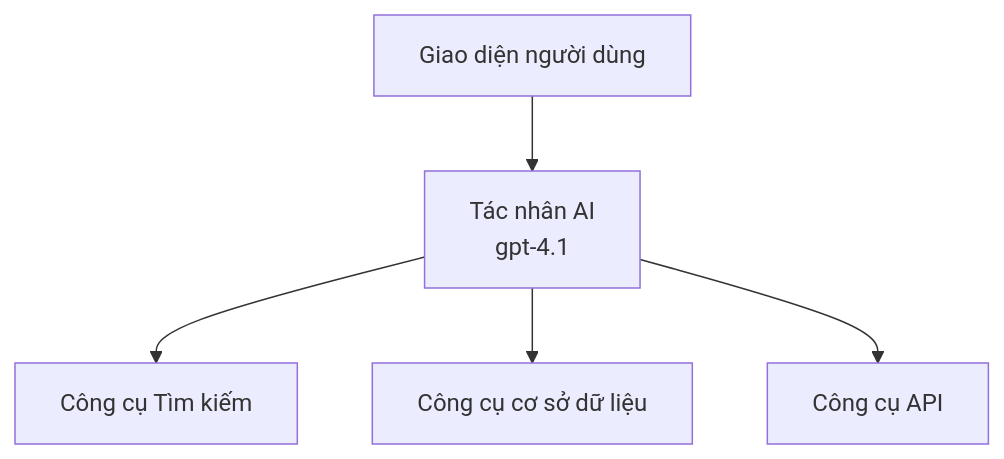
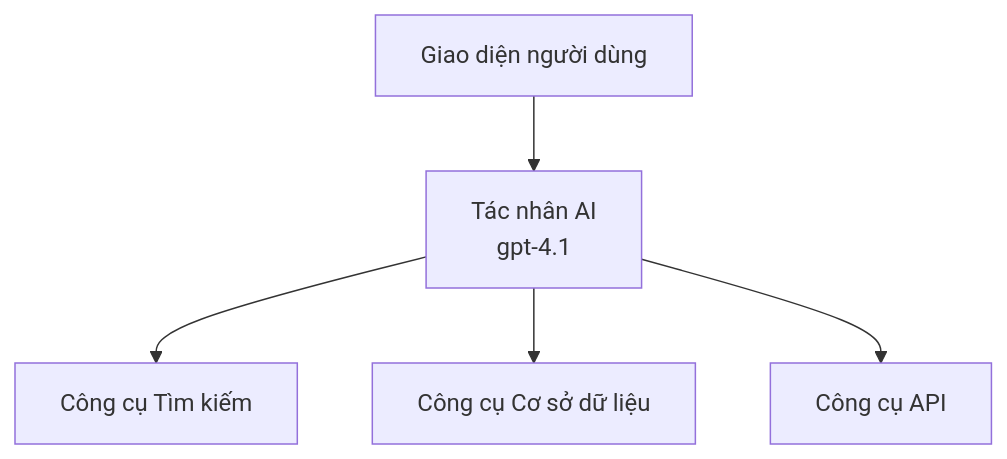
Before and after one commit to microsoft/AZD-for-beginners: the first of 3 diagrams in translations/vi/docs/chapter-02-ai-development/agents.md, drawn with Mermaid. The commit also changed other lines of this file and 101 other files, not shown here.

````diff
--- a/translations/vi/docs/chapter-02-ai-development/agents.md
+++ b/translations/vi/docs/chapter-02-ai-development/agents.md
@@ -152,7 +157,7 @@
 ```mermaid
 graph TD
     UI[Giao diện người dùng] --> Agent[Tác nhân AI<br/>gpt-4.1]
     Agent --> Search[Công cụ Tìm kiếm]
-    Agent --> Database[Công cụ cơ sở dữ liệu]
+    Agent --> Database[Công cụ Cơ sở dữ liệu]
     Agent --> API[Công cụ API]
 ```
````
